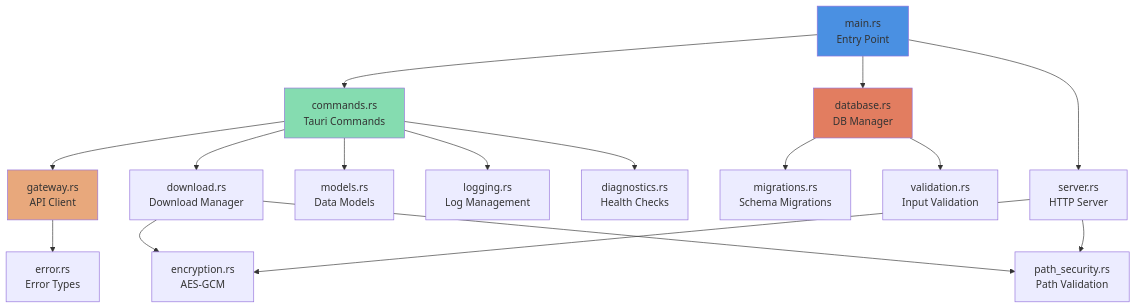
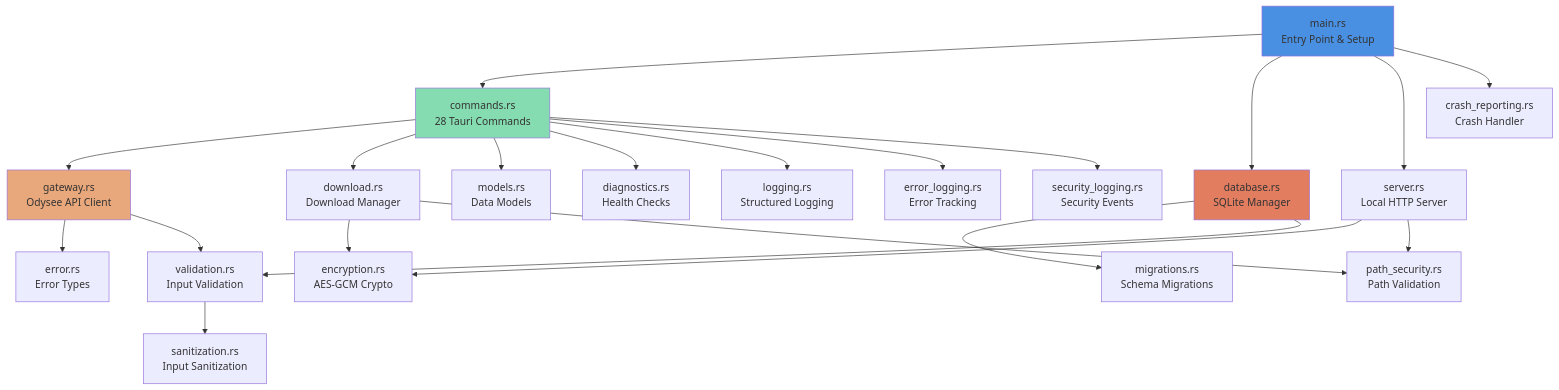
The fifth of 18 diagrams in ARCHITECTURE.md (qanani23/k), drawn with Mermaid before and after one commit. The commit also changed other lines of this file and 283 other files, not shown here.

````diff
--- a/ARCHITECTURE.md
+++ b/ARCHITECTURE.md
@@ -216,30 +500,37 @@
 ```mermaid
 graph TD
-    Main[main.rs<br/>Entry Point]
+    Main[main.rs<br/>Entry Point & Setup]
     
-    Main --> Commands[commands.rs<br/>Tauri Commands]
-    Main --> Database[database.rs<br/>DB Manager]
-    Main --> Server[server.rs<br/>HTTP Server]
+    Main --> Commands[commands.rs<br/>28 Tauri Commands]
+    Main --> Database[database.rs<br/>SQLite Manager]
+    Main --> Server[server.rs<br/>Local HTTP Server]
+    Main --> CrashReporting[crash_reporting.rs<br/>Crash Handler]
     
-    Commands --> Gateway[gateway.rs<br/>API Client]
+    Commands --> Gateway[gateway.rs<br/>Odysee API Client]
     Commands --> Download[download.rs<br/>Download Manager]
     Commands --> Models[models.rs<br/>Data Models]
+    Commands --> Diagnostics[diagnostics.rs<br/>Health Checks]
     
     Gateway --> Error[error.rs<br/>Error Types]
-    Download --> Encryption[encryption.rs<br/>AES-GCM]
+    Gateway --> Validation[validation.rs<br/>Input Validation]
+    
+    Download --> Encryption[encryption.rs<br/>AES-GCM Crypto]
     Download --> PathSecurity[path_security.rs<br/>Path Validation]
     
     Database --> Migrations[migrations.rs<br/>Schema Migrations]
-    Database --> Validation[validation.rs<br/>Input Validation]
+    Database --> Validation
     
     Server --> Encryption
     Server --> PathSecurity
     
-    Commands --> Logging[logging.rs<br/>Log Management]
-    Commands --> Diagnostics[diagnostics.rs<br/>Health Checks]
+    Commands --> Logging[logging.rs<br/>Structured Logging]
+    Commands --> ErrorLogging[error_logging.rs<br/>Error Tracking]
+    Commands --> SecurityLogging[security_logging.rs<br/>Security Events]
+    
+    Validation --> Sanitization[sanitization.rs<br/>Input Sanitization]
     
     style Main fill:#4a90e2
     style Commands fill:#85dcb0
     style Gateway fill:#e8a87c
     style Database fill:#e27d60
 ```
````
